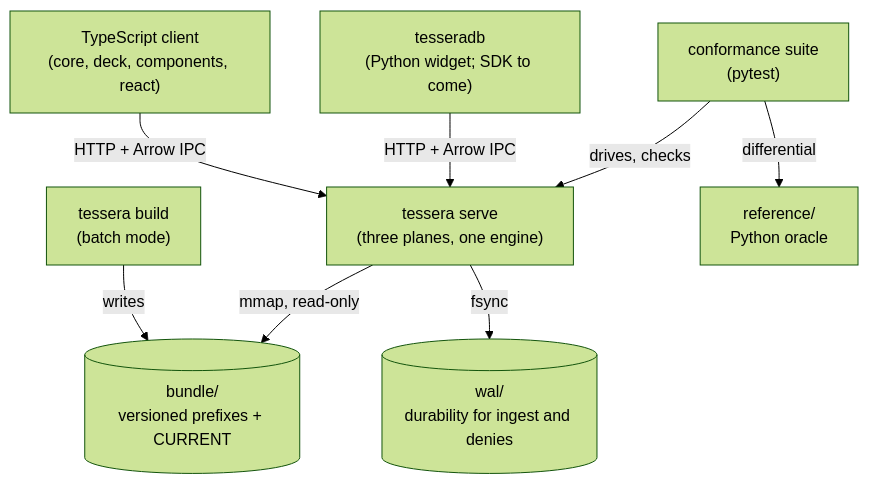
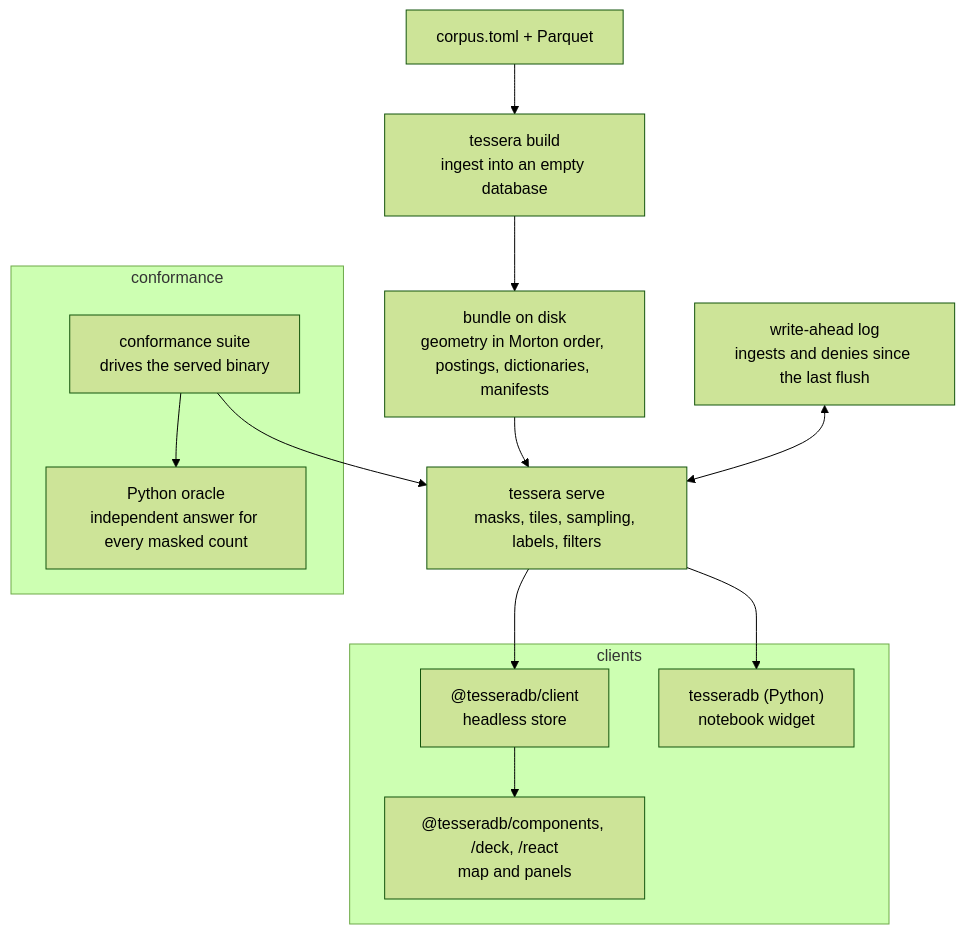
The fourth of 4 diagrams in docs/system/overview.md (jennis0/tesseradb), drawn with Mermaid (forest theme) before and after one commit. The commit also changed other lines of this file, not shown here.

Commit message:
docs(system): overview leads with the map at scale; control plane named as served; diagrams redrawn

````diff
--- a/docs/system/overview.md
+++ b/docs/system/overview.md
@@ -215,18 +232,26 @@
 ```mermaid
 flowchart TB
-    build["tessera build<br/>(batch mode)"]
-    serve["tessera serve<br/>(three planes, one engine)"]
-    bundle[("bundle/<br/>versioned prefixes + CURRENT")]
-    wal[("wal/<br/>durability for ingest and denies")]
-    tsclient["TypeScript client<br/>(core, deck, components, react)"]
-    pyclient["tesseradb<br/>(Python widget; SDK to come)"]
-    conf["conformance suite<br/>(pytest)"]
-    oracle["reference/<br/>Python oracle"]
-    build -->|writes| bundle
-    serve -->|"mmap, read-only"| bundle
-    serve -->|fsync| wal
-    tsclient -->|"HTTP + Arrow IPC"| serve
-    pyclient -->|"HTTP + Arrow IPC"| serve
-    conf -->|drives, checks| serve
-    conf -->|differential| oracle
+  corpus["corpus.toml + Parquet"]
+  build["tessera build<br/>ingest into an empty database"]
+  bundle["bundle on disk<br/>geometry in Morton order, postings, dictionaries, manifests"]
+  wal["write-ahead log<br/>ingests and denies since the last flush"]
+  serve["tessera serve<br/>masks, tiles, sampling, labels, filters"]
+
+  subgraph clients["clients"]
+    store["@tesseradb/client<br/>headless store"]
+    comps["@tesseradb/components, /deck, /react<br/>map and panels"]
+    py["tesseradb (Python)<br/>notebook widget"]
+  end
+
+  subgraph check["conformance"]
+    suite["conformance suite<br/>drives the served binary"]
+    oracle["Python oracle<br/>independent answer for every masked count"]
+  end
+
+  corpus --> build --> bundle --> serve
+  wal <--> serve
+  serve --> store --> comps
+  serve --> py
+  suite --> serve
+  suite --> oracle
 ```
````
